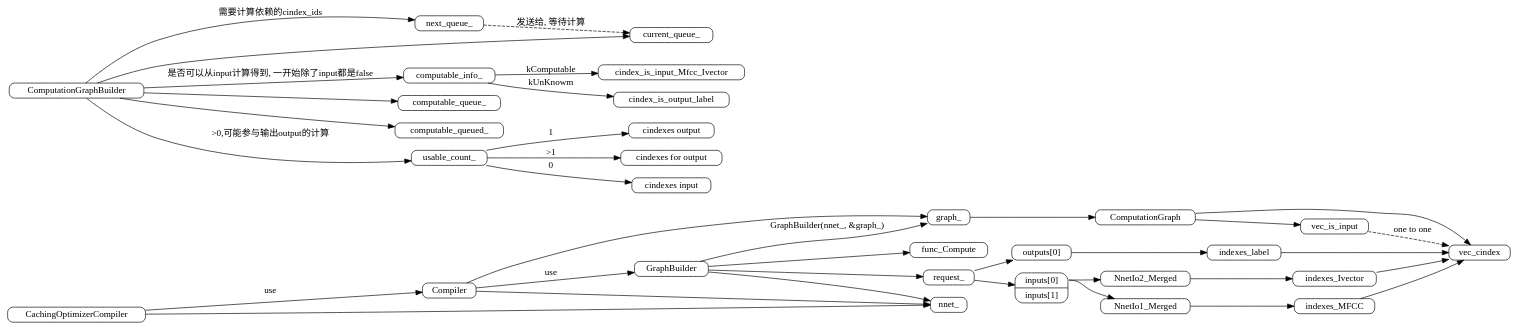
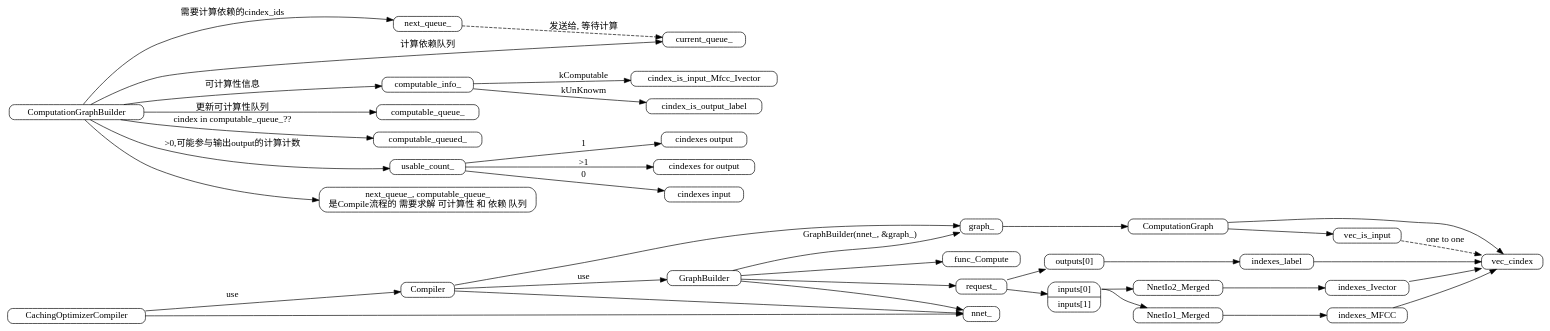
One commit to Nisoka/kaldi-orgs changed the diagram in others/dot-graph/Compiler-class.dot. Above: the diagram before and after it, drawn with Graphviz. The commit also changed 6 other files, not shown here.

```diff
--- a/others/dot-graph/Compiler-class.dot
+++ b/others/dot-graph/Compiler-class.dot
@@ -1,66 +1,70 @@
 digraph ComputationGraph{
         rankdir = LR
         node[shape=Mrecord, width=.1, height=.1]
 
         CachingOptimizerCompiler -> nnet_
         CachingOptimizerCompiler -> Compiler[label="use"]
 
         Compiler -> nnet_
         Compiler -> graph_
         Compiler -> GraphBuilder[label="use"]
 
 
         
         GraphBuilder -> func_Compute
         GraphBuilder -> nnet_
         GraphBuilder -> request_
         GraphBuilder -> graph_[label="GraphBuilder(nnet_, &graph_)"]
 
         request_ -> inputs
         request_ -> outputs
         outputs[label="outputs[0]"]
         inputs[label="<1> inputs[0] | <2> inputs[1]"]
         inputs:1 -> NnetIo1_Merged -> indexes_MFCC
         inputs:1 -> NnetIo2_Merged -> indexes_Ivector
         outputs -> indexes_label
 
 
         graph_ -> ComputationGraph
         ComputationGraph -> cindexes
         ComputationGraph -> is_input
         cindexes[label="vec_cindex"]
         is_input[label="vec_is_input"]
 
         is_input -> cindexes[label="one to one", style=dashed]
 
         indexes_MFCC -> cindexes
         indexes_Ivector -> cindexes
         indexes_label -> cindexes
 
 
 
         subgraph ComputationGraphBuilder{
 
                 ComputationGraphBuilder -> next_queue_[label="需要计算依赖的cindex_ids"]
-                ComputationGraphBuilder -> current_queue_
+                ComputationGraphBuilder -> current_queue_[label="计算依赖队列"]
                 next_queue_ -> current_queue_[style=dashed, label="发送给, 等待计算"]
                 
-                ComputationGraphBuilder -> computable_info_[label="是否可以从input计算得到, 一开始除了input都是false"]
+                ComputationGraphBuilder -> computable_info_[label="可计算性信息"]
                 computable_info_ -> cindex_is_input_Mfcc_Ivector[label="kComputable"]
                 computable_info_ -> cindex_is_output_label[label="kUnKnowm"]
                 
-                ComputationGraphBuilder -> computable_queue_
-                ComputationGraphBuilder -> computable_queued_
-                ComputationGraphBuilder -> usable_count_[label=">0,可能参与输出output的计算"]
+                ComputationGraphBuilder -> computable_queue_[label="更新可计算性队列"]
+                ComputationGraphBuilder -> computable_queued_[label="cindex in computable_queue_??"]
+                
+                ComputationGraphBuilder -> usable_count_[label=">0,可能参与输出output的计算计数"]
                 usable_count_ -> usable_1[label="1"]
                 usable_count_ -> usable_2[label=">1"]
                 usable_count_ -> usable_0[label="0"]
                 usable_1[label="cindexes output"]
                 usable_2[label="cindexes for output"]
                 usable_0[label="cindexes input"]
 
+                ComputationGraphBuilder -> comment
+                comment[label="next_queue_, computable_queue_ \n是Compile流程的 需要求解 可计算性 和 依赖 队列"]
+
                 
         }        
         
         
 }
```
